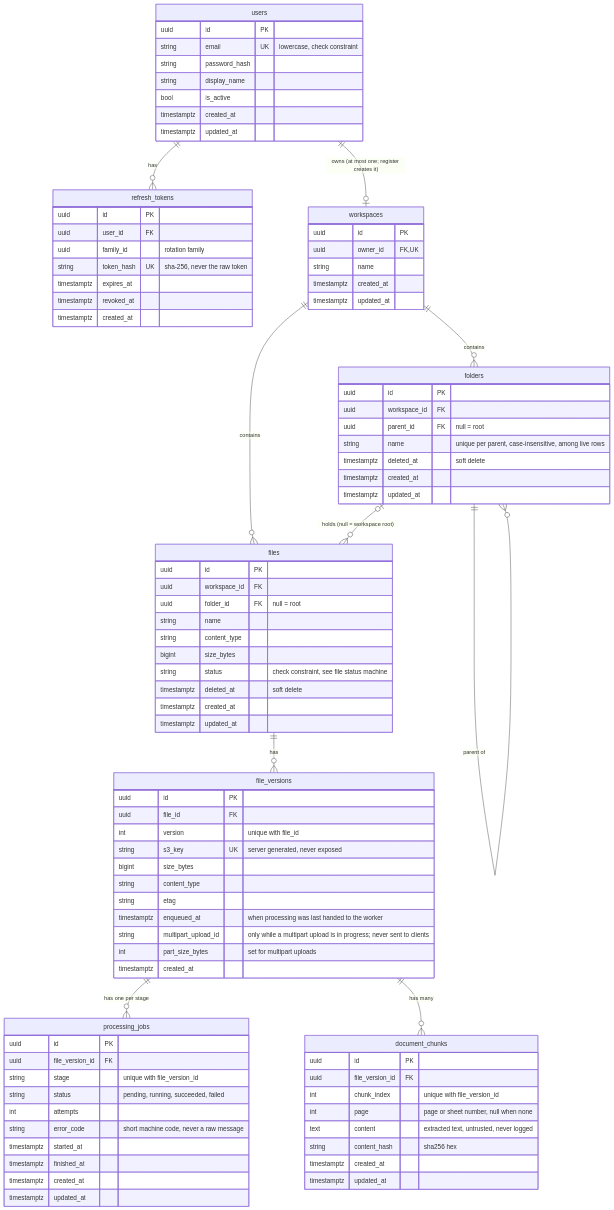
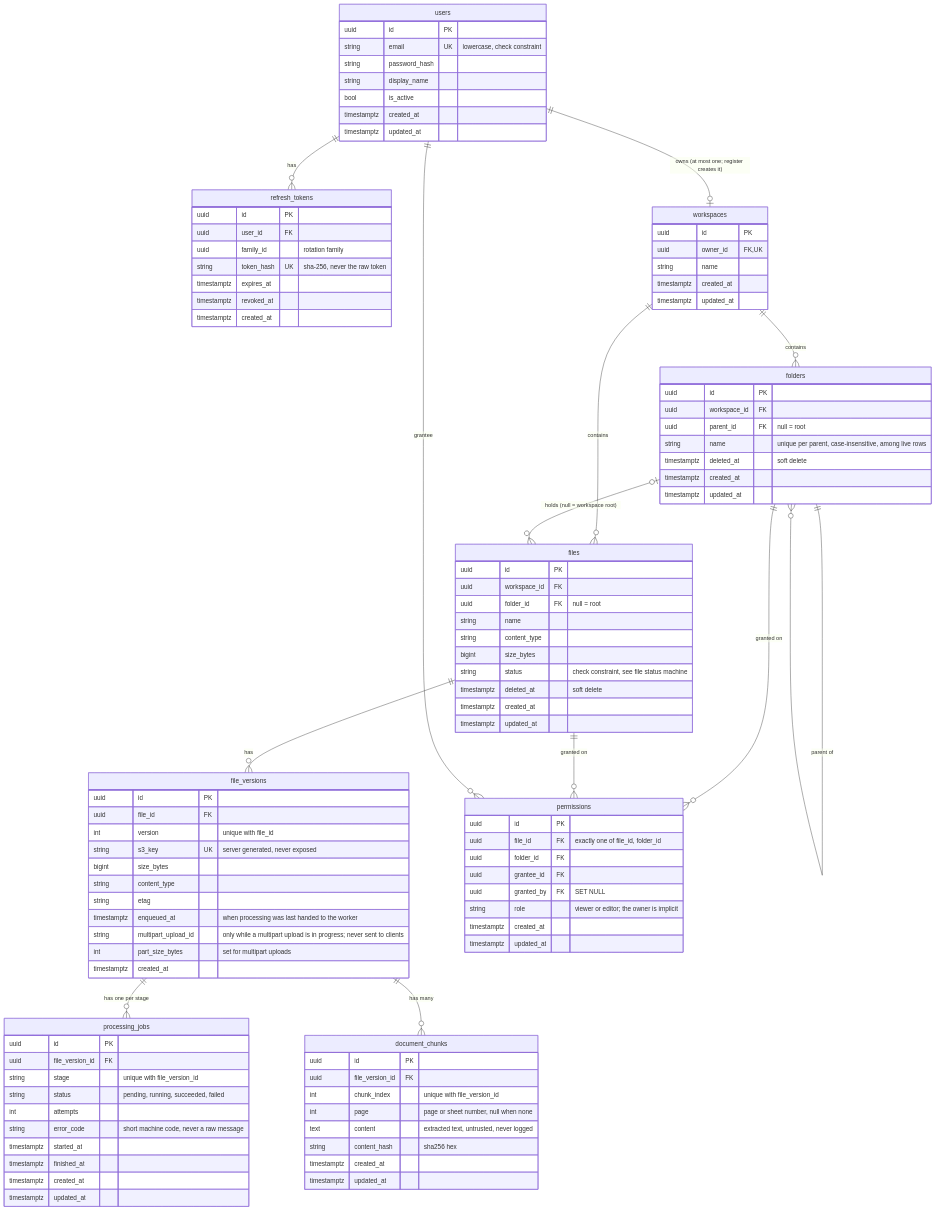
Before and after one commit to manan-77/clouddrop: the diagram in docs/er-diagram.md, drawn with Mermaid. The commit also changed 21 other files, not shown here.

```diff
--- a/docs/er-diagram.md
+++ b/docs/er-diagram.md
@@ -13,6 +13,9 @@
     files ||--o{ file_versions : "has"
     file_versions ||--o{ processing_jobs : "has one per stage"
     file_versions ||--o{ document_chunks : "has many"
+    folders ||--o{ permissions : "granted on"
+    files ||--o{ permissions : "granted on"
+    users ||--o{ permissions : "grantee"
 
     users {
         uuid id PK
@@ -85,6 +88,16 @@
         timestamptz created_at
         timestamptz updated_at
     }
+    permissions {
+        uuid id PK
+        uuid file_id FK "exactly one of file_id, folder_id"
+        uuid folder_id FK
+        uuid grantee_id FK
+        uuid granted_by FK "SET NULL"
+        string role "viewer or editor; the owner is implicit"
+        timestamptz created_at
+        timestamptz updated_at
+    }
     document_chunks {
         uuid id PK
         uuid file_version_id FK
```
